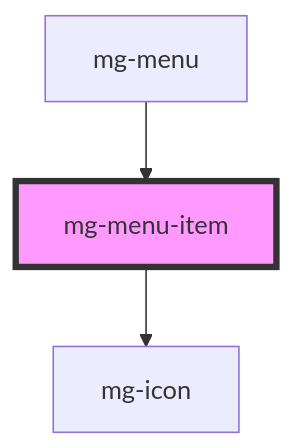
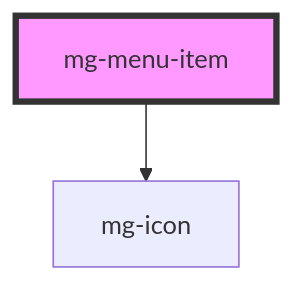
One commit to MGDIS/mg-components changed the diagram in src/components/molecules/menu/mg-menu-item/readme.md. Above: the diagram before and after it, drawn with Mermaid. The commit also changed other lines of this file and 183 other files, not shown here.

````diff
--- a/src/components/molecules/menu/mg-menu-item/readme.md
+++ b/src/components/molecules/menu/mg-menu-item/readme.md
@@ -207,6 +203,5 @@
 ```mermaid
 graph TD;
   mg-menu-item --> mg-icon
-  mg-menu --> mg-menu-item
   style mg-menu-item fill:#f9f,stroke:#333,stroke-width:4px
 ```
````
